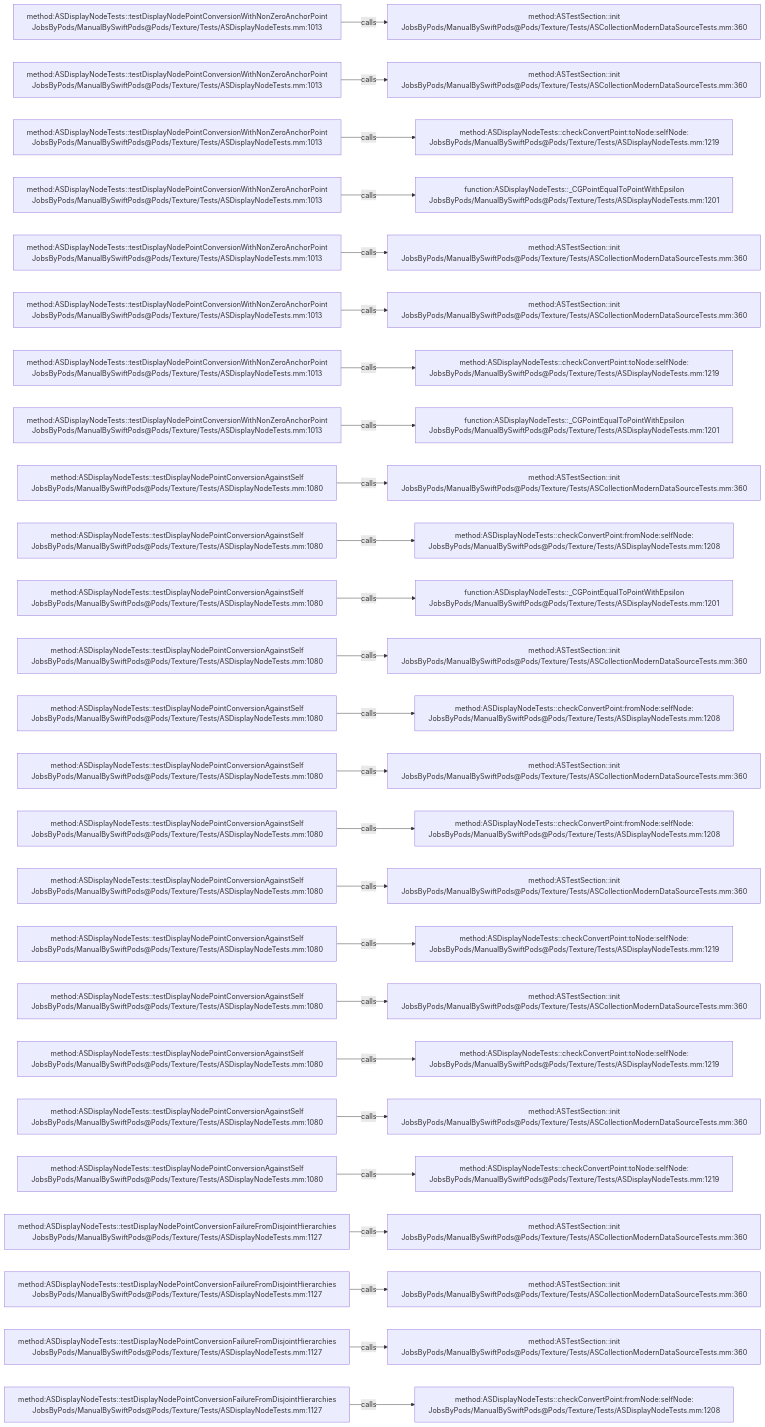
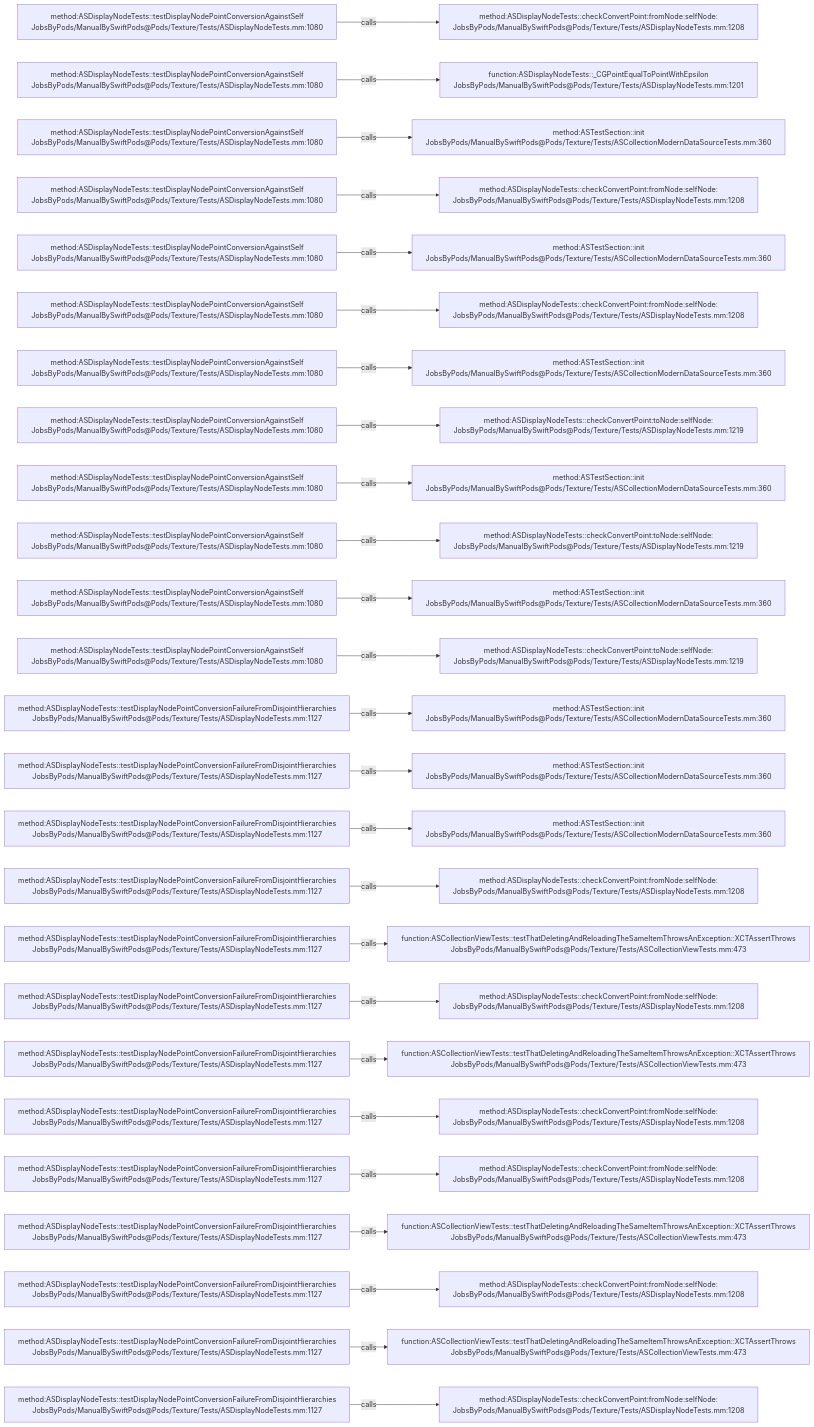
One commit to JobsKits/JobsSwiftBaseConfigDemo changed the diagram in .codegraph/codegraph.md/graphs/calls-190.md. Above: the diagram before and after it, drawn with Mermaid. The commit also changed 707 other files, not shown here.

````diff
--- a/.codegraph/codegraph.md/graphs/calls-190.md
+++ b/.codegraph/codegraph.md/graphs/calls-190.md
@@ -13,78 +13,78 @@
 ```mermaid
 flowchart LR
-  S1["method:ASDisplayNodeTests::testDisplayNodePointConversionWithNonZeroAnchorPoint<br/>JobsByPods/ManualBySwiftPods@Pods/Texture/Tests/ASDisplayNodeTests.mm:1013"]
-  T1["method:ASTestSection::init<br/>JobsByPods/ManualBySwiftPods@Pods/Texture/Tests/ASCollectionModernDataSourceTests.mm:360"]
+  S1["method:ASDisplayNodeTests::testDisplayNodePointConversionAgainstSelf<br/>JobsByPods/ManualBySwiftPods@Pods/Texture/Tests/ASDisplayNodeTests.mm:1080"]
+  T1["method:ASDisplayNodeTests::checkConvertPoint:fromNode:selfNode:<br/>JobsByPods/ManualBySwiftPods@Pods/Texture/Tests/ASDisplayNodeTests.mm:1208"]
   S1 -->|calls| T1
-  S2["method:ASDisplayNodeTests::testDisplayNodePointConversionWithNonZeroAnchorPoint<br/>JobsByPods/ManualBySwiftPods@Pods/Texture/Tests/ASDisplayNodeTests.mm:1013"]
-  T2["method:ASTestSection::init<br/>JobsByPods/ManualBySwiftPods@Pods/Texture/Tests/ASCollectionModernDataSourceTests.mm:360"]
+  S2["method:ASDisplayNodeTests::testDisplayNodePointConversionAgainstSelf<br/>JobsByPods/ManualBySwiftPods@Pods/Texture/Tests/ASDisplayNodeTests.mm:1080"]
+  T2["function:ASDisplayNodeTests::_CGPointEqualToPointWithEpsilon<br/>JobsByPods/ManualBySwiftPods@Pods/Texture/Tests/ASDisplayNodeTests.mm:1201"]
   S2 -->|calls| T2
-  S3["method:ASDisplayNodeTests::testDisplayNodePointConversionWithNonZeroAnchorPoint<br/>JobsByPods/ManualBySwiftPods@Pods/Texture/Tests/ASDisplayNodeTests.mm:1013"]
-  T3["method:ASDisplayNodeTests::checkConvertPoint:toNode:selfNode:<br/>JobsByPods/ManualBySwiftPods@Pods/Texture/Tests/ASDisplayNodeTests.mm:1219"]
+  S3["method:ASDisplayNodeTests::testDisplayNodePointConversionAgainstSelf<br/>JobsByPods/ManualBySwiftPods@Pods/Texture/Tests/ASDisplayNodeTests.mm:1080"]
+  T3["method:ASTestSection::init<br/>JobsByPods/ManualBySwiftPods@Pods/Texture/Tests/ASCollectionModernDataSourceTests.mm:360"]
   S3 -->|calls| T3
-  S4["method:ASDisplayNodeTests::testDisplayNodePointConversionWithNonZeroAnchorPoint<br/>JobsByPods/ManualBySwiftPods@Pods/Texture/Tests/ASDisplayNodeTests.mm:1013"]
-  T4["function:ASDisplayNodeTests::_CGPointEqualToPointWithEpsilon<br/>JobsByPods/ManualBySwiftPods@Pods/Texture/Tests/ASDisplayNodeTests.mm:1201"]
+  S4["method:ASDisplayNodeTests::testDisplayNodePointConversionAgainstSelf<br/>JobsByPods/ManualBySwiftPods@Pods/Texture/Tests/ASDisplayNodeTests.mm:1080"]
+  T4["method:ASDisplayNodeTests::checkConvertPoint:fromNode:selfNode:<br/>JobsByPods/ManualBySwiftPods@Pods/Texture/Tests/ASDisplayNodeTests.mm:1208"]
   S4 -->|calls| T4
-  S5["method:ASDisplayNodeTests::testDisplayNodePointConversionWithNonZeroAnchorPoint<br/>JobsByPods/ManualBySwiftPods@Pods/Texture/Tests/ASDisplayNodeTests.mm:1013"]
+  S5["method:ASDisplayNodeTests::testDisplayNodePointConversionAgainstSelf<br/>JobsByPods/ManualBySwiftPods@Pods/Texture/Tests/ASDisplayNodeTests.mm:1080"]
   T5["method:ASTestSection::init<br/>JobsByPods/ManualBySwiftPods@Pods/Texture/Tests/ASCollectionModernDataSourceTests.mm:360"]
   S5 -->|calls| T5
-  S6["method:ASDisplayNodeTests::testDisplayNodePointConversionWithNonZeroAnchorPoint<br/>JobsByPods/ManualBySwiftPods@Pods/Texture/Tests/ASDisplayNodeTests.mm:1013"]
-  T6["method:ASTestSection::init<br/>JobsByPods/ManualBySwiftPods@Pods/Texture/Tests/ASCollectionModernDataSourceTests.mm:360"]
+  S6["method:ASDisplayNodeTests::testDisplayNodePointConversionAgainstSelf<br/>JobsByPods/ManualBySwiftPods@Pods/Texture/Tests/ASDisplayNodeTests.mm:1080"]
+  T6["method:ASDisplayNodeTests::checkConvertPoint:fromNode:selfNode:<br/>JobsByPods/ManualBySwiftPods@Pods/Texture/Tests/ASDisplayNodeTests.mm:1208"]
   S6 -->|calls| T6
-  S7["method:ASDisplayNodeTests::testDisplayNodePointConversionWithNonZeroAnchorPoint<br/>JobsByPods/ManualBySwiftPods@Pods/Texture/Tests/ASDisplayNodeTests.mm:1013"]
-  T7["method:ASDisplayNodeTests::checkConvertPoint:toNode:selfNode:<br/>JobsByPods/ManualBySwiftPods@Pods/Texture/Tests/ASDisplayNodeTests.mm:1219"]
+  S7["method:ASDisplayNodeTests::testDisplayNodePointConversionAgainstSelf<br/>JobsByPods/ManualBySwiftPods@Pods/Texture/Tests/ASDisplayNodeTests.mm:1080"]
+  T7["method:ASTestSection::init<br/>JobsByPods/ManualBySwiftPods@Pods/Texture/Tests/ASCollectionModernDataSourceTests.mm:360"]
   S7 -->|calls| T7
-  S8["method:ASDisplayNodeTests::testDisplayNodePointConversionWithNonZeroAnchorPoint<br/>JobsByPods/ManualBySwiftPods@Pods/Texture/Tests/ASDisplayNodeTests.mm:1013"]
-  T8["function:ASDisplayNodeTests::_CGPointEqualToPointWithEpsilon<br/>JobsByPods/ManualBySwiftPods@Pods/Texture/Tests/ASDisplayNodeTests.mm:1201"]
+  S8["method:ASDisplayNodeTests::testDisplayNodePointConversionAgainstSelf<br/>JobsByPods/ManualBySwiftPods@Pods/Texture/Tests/ASDisplayNodeTests.mm:1080"]
+  T8["method:ASDisplayNodeTests::checkConvertPoint:toNode:selfNode:<br/>JobsByPods/ManualBySwiftPods@Pods/Texture/Tests/ASDisplayNodeTests.mm:1219"]
   S8 -->|calls| T8
   S9["method:ASDisplayNodeTests::testDisplayNodePointConversionAgainstSelf<br/>JobsByPods/ManualBySwiftPods@Pods/Texture/Tests/ASDisplayNodeTests.mm:1080"]
   T9["method:ASTestSection::init<br/>JobsByPods/ManualBySwiftPods@Pods/Texture/Tests/ASCollectionModernDataSourceTests.mm:360"]
   S9 -->|calls| T9
   S10["method:ASDisplayNodeTests::testDisplayNodePointConversionAgainstSelf<br/>JobsByPods/ManualBySwiftPods@Pods/Texture/Tests/ASDisplayNodeTests.mm:1080"]
-  T10["method:ASDisplayNodeTests::checkConvertPoint:fromNode:selfNode:<br/>JobsByPods/ManualBySwiftPods@Pods/Texture/Tests/ASDisplayNodeTests.mm:1208"]
+  T10["method:ASDisplayNodeTests::checkConvertPoint:toNode:selfNode:<br/>JobsByPods/ManualBySwiftPods@Pods/Texture/Tests/ASDisplayNodeTests.mm:1219"]
   S10 -->|calls| T10
   S11["method:ASDisplayNodeTests::testDisplayNodePointConversionAgainstSelf<br/>JobsByPods/ManualBySwiftPods@Pods/Texture/Tests/ASDisplayNodeTests.mm:1080"]
-  T11["function:ASDisplayNodeTests::_CGPointEqualToPointWithEpsilon<br/>JobsByPods/ManualBySwiftPods@Pods/Texture/Tests/ASDisplayNodeTests.mm:1201"]
+  T11["method:ASTestSection::init<br/>JobsByPods/ManualBySwiftPods@Pods/Texture/Tests/ASCollectionModernDataSourceTests.mm:360"]
   S11 -->|calls| T11
   S12["method:ASDisplayNodeTests::testDisplayNodePointConversionAgainstSelf<br/>JobsByPods/ManualBySwiftPods@Pods/Texture/Tests/ASDisplayNodeTests.mm:1080"]
-  T12["method:ASTestSection::init<br/>JobsByPods/ManualBySwiftPods@Pods/Texture/Tests/ASCollectionModernDataSourceTests.mm:360"]
+  T12["method:ASDisplayNodeTests::checkConvertPoint:toNode:selfNode:<br/>JobsByPods/ManualBySwiftPods@Pods/Texture/Tests/ASDisplayNodeTests.mm:1219"]
   S12 -->|calls| T12
-  S13["method:ASDisplayNodeTests::testDisplayNodePointConversionAgainstSelf<br/>JobsByPods/ManualBySwiftPods@Pods/Texture/Tests/ASDisplayNodeTests.mm:1080"]
-  T13["method:ASDisplayNodeTests::checkConvertPoint:fromNode:selfNode:<br/>JobsByPods/ManualBySwiftPods@Pods/Texture/Tests/ASDisplayNodeTests.mm:1208"]
+  S13["method:ASDisplayNodeTests::testDisplayNodePointConversionFailureFromDisjointHierarchies<br/>JobsByPods/ManualBySwiftPods@Pods/Texture/Tests/ASDisplayNodeTests.mm:1127"]
+  T13["method:ASTestSection::init<br/>JobsByPods/ManualBySwiftPods@Pods/Texture/Tests/ASCollectionModernDataSourceTests.mm:360"]
   S13 -->|calls| T13
-  S14["method:ASDisplayNodeTests::testDisplayNodePointConversionAgainstSelf<br/>JobsByPods/ManualBySwiftPods@Pods/Texture/Tests/ASDisplayNodeTests.mm:1080"]
+  S14["method:ASDisplayNodeTests::testDisplayNodePointConversionFailureFromDisjointHierarchies<br/>JobsByPods/ManualBySwiftPods@Pods/Texture/Tests/ASDisplayNodeTests.mm:1127"]
   T14["method:ASTestSection::init<br/>JobsByPods/ManualBySwiftPods@Pods/Texture/Tests/ASCollectionModernDataSourceTests.mm:360"]
   S14 -->|calls| T14
-  S15["method:ASDisplayNodeTests::testDisplayNodePointConversionAgainstSelf<br/>JobsByPods/ManualBySwiftPods@Pods/Texture/Tests/ASDisplayNodeTests.mm:1080"]
-  T15["method:ASDisplayNodeTests::checkConvertPoint:fromNode:selfNode:<br/>JobsByPods/ManualBySwiftPods@Pods/Texture/Tests/ASDisplayNodeTests.mm:1208"]
+  S15["method:ASDisplayNodeTests::testDisplayNodePointConversionFailureFromDisjointHierarchies<br/>JobsByPods/ManualBySwiftPods@Pods/Texture/Tests/ASDisplayNodeTests.mm:1127"]
+  T15["method:ASTestSection::init<br/>JobsByPods/ManualBySwiftPods@Pods/Texture/Tests/ASCollectionModernDataSourceTests.mm:360"]
   S15 -->|calls| T15
-  S16["method:ASDisplayNodeTests::testDisplayNodePointConversionAgainstSelf<br/>JobsByPods/ManualBySwiftPods@Pods/Texture/Tests/ASDisplayNodeTests.mm:1080"]
-  T16["method:ASTestSection::init<br/>JobsByPods/ManualBySwiftPods@Pods/Texture/Tests/ASCollectionModernDataSourceTests.mm:360"]
+  S16["method:ASDisplayNodeTests::testDisplayNodePointConversionFailureFromDisjointHierarchies<br/>JobsByPods/ManualBySwiftPods@Pods/Texture/Tests/ASDisplayNodeTests.mm:1127"]
+  T16["method:ASDisplayNodeTests::checkConvertPoint:fromNode:selfNode:<br/>JobsByPods/ManualBySwiftPods@Pods/Texture/Tests/ASDisplayNodeTests.mm:1208"]
   S16 -->|calls| T16
-  S17["method:ASDisplayNodeTests::testDisplayNodePointConversionAgainstSelf<br/>JobsByPods/ManualBySwiftPods@Pods/Texture/Tests/ASDisplayNodeTests.mm:1080"]
-  T17["method:ASDisplayNodeTests::checkConvertPoint:toNode:selfNode:<br/>JobsByPods/ManualBySwiftPods@Pods/Texture/Tests/ASDisplayNodeTests.mm:1219"]
+  S17["method:ASDisplayNodeTests::testDisplayNodePointConversionFailureFromDisjointHierarchies<br/>JobsByPods/ManualBySwiftPods@Pods/Texture/Tests/ASDisplayNodeTests.mm:1127"]
+  T17["function:ASCollectionViewTests::testThatDeletingAndReloadingTheSameItemThrowsAnException::XCTAssertThrows<br/>JobsByPods/ManualBySwiftPods@Pods/Texture/Tests/ASCollectionViewTests.mm:473"]
   S17 -->|calls| T17
-  S18["method:ASDisplayNodeTests::testDisplayNodePointConversionAgainstSelf<br/>JobsByPods/ManualBySwiftPods@Pods/Texture/Tests/ASDisplayNodeTests.mm:1080"]
-  T18["method:ASTestSection::init<br/>JobsByPods/ManualBySwiftPods@Pods/Texture/Tests/ASCollectionModernDataSourceTests.mm:360"]
+  S18["method:ASDisplayNodeTests::testDisplayNodePointConversionFailureFromDisjointHierarchies<br/>JobsByPods/ManualBySwiftPods@Pods/Texture/Tests/ASDisplayNodeTests.mm:1127"]
+  T18["method:ASDisplayNodeTests::checkConvertPoint:fromNode:selfNode:<br/>JobsByPods/ManualBySwiftPods@Pods/Texture/Tests/ASDisplayNodeTests.mm:1208"]
   S18 -->|calls| T18
-  S19["method:ASDisplayNodeTests::testDisplayNodePointConversionAgainstSelf<br/>JobsByPods/ManualBySwiftPods@Pods/Texture/Tests/ASDisplayNodeTests.mm:1080"]
-  T19["method:ASDisplayNodeTests::checkConvertPoint:toNode:selfNode:<br/>JobsByPods/ManualBySwiftPods@Pods/Texture/Tests/ASDisplayNodeTests.mm:1219"]
+  S19["method:ASDisplayNodeTests::testDisplayNodePointConversionFailureFromDisjointHierarchies<br/>JobsByPods/ManualBySwiftPods@Pods/Texture/Tests/ASDisplayNodeTests.mm:1127"]
+  T19["function:ASCollectionViewTests::testThatDeletingAndReloadingTheSameItemThrowsAnException::XCTAssertThrows<br/>JobsByPods/ManualBySwiftPods@Pods/Texture/Tests/ASCollectionViewTests.mm:473"]
   S19 -->|calls| T19
-  S20["method:ASDisplayNodeTests::testDisplayNodePointConversionAgainstSelf<br/>JobsByPods/ManualBySwiftPods@Pods/Texture/Tests/ASDisplayNodeTests.mm:1080"]
-  T20["method:ASTestSection::init<br/>JobsByPods/ManualBySwiftPods@Pods/Texture/Tests/ASCollectionModernDataSourceTests.mm:360"]
+  S20["method:ASDisplayNodeTests::testDisplayNodePointConversionFailureFromDisjointHierarchies<br/>JobsByPods/ManualBySwiftPods@Pods/Texture/Tests/ASDisplayNodeTests.mm:1127"]
+  T20["method:ASDisplayNodeTests::checkConvertPoint:fromNode:selfNode:<br/>JobsByPods/ManualBySwiftPods@Pods/Texture/Tests/ASDisplayNodeTests.mm:1208"]
   S20 -->|calls| T20
-  S21["method:ASDisplayNodeTests::testDisplayNodePointConversionAgainstSelf<br/>JobsByPods/ManualBySwiftPods@Pods/Texture/Tests/ASDisplayNodeTests.mm:1080"]
-  T21["method:ASDisplayNodeTests::checkConvertPoint:toNode:selfNode:<br/>JobsByPods/ManualBySwiftPods@Pods/Texture/Tests/ASDisplayNodeTests.mm:1219"]
+  S21["method:ASDisplayNodeTests::testDisplayNodePointConversionFailureFromDisjointHierarchies<br/>JobsByPods/ManualBySwiftPods@Pods/Texture/Tests/ASDisplayNodeTests.mm:1127"]
+  T21["method:ASDisplayNodeTests::checkConvertPoint:fromNode:selfNode:<br/>JobsByPods/ManualBySwiftPods@Pods/Texture/Tests/ASDisplayNodeTests.mm:1208"]
   S21 -->|calls| T21
   S22["method:ASDisplayNodeTests::testDisplayNodePointConversionFailureFromDisjointHierarchies<br/>JobsByPods/ManualBySwiftPods@Pods/Texture/Tests/ASDisplayNodeTests.mm:1127"]
-  T22["method:ASTestSection::init<br/>JobsByPods/ManualBySwiftPods@Pods/Texture/Tests/ASCollectionModernDataSourceTests.mm:360"]
+  T22["function:ASCollectionViewTests::testThatDeletingAndReloadingTheSameItemThrowsAnException::XCTAssertThrows<br/>JobsByPods/ManualBySwiftPods@Pods/Texture/Tests/ASCollectionViewTests.mm:473"]
   S22 -->|calls| T22
   S23["method:ASDisplayNodeTests::testDisplayNodePointConversionFailureFromDisjointHierarchies<br/>JobsByPods/ManualBySwiftPods@Pods/Texture/Tests/ASDisplayNodeTests.mm:1127"]
-  T23["method:ASTestSection::init<br/>JobsByPods/ManualBySwiftPods@Pods/Texture/Tests/ASCollectionModernDataSourceTests.mm:360"]
+  T23["method:ASDisplayNodeTests::checkConvertPoint:fromNode:selfNode:<br/>JobsByPods/ManualBySwiftPods@Pods/Texture/Tests/ASDisplayNodeTests.mm:1208"]
   S23 -->|calls| T23
   S24["method:ASDisplayNodeTests::testDisplayNodePointConversionFailureFromDisjointHierarchies<br/>JobsByPods/ManualBySwiftPods@Pods/Texture/Tests/ASDisplayNodeTests.mm:1127"]
-  T24["method:ASTestSection::init<br/>JobsByPods/ManualBySwiftPods@Pods/Texture/Tests/ASCollectionModernDataSourceTests.mm:360"]
+  T24["function:ASCollectionViewTests::testThatDeletingAndReloadingTheSameItemThrowsAnException::XCTAssertThrows<br/>JobsByPods/ManualBySwiftPods@Pods/Texture/Tests/ASCollectionViewTests.mm:473"]
   S24 -->|calls| T24
   S25["method:ASDisplayNodeTests::testDisplayNodePointConversionFailureFromDisjointHierarchies<br/>JobsByPods/ManualBySwiftPods@Pods/Texture/Tests/ASDisplayNodeTests.mm:1127"]
   T25["method:ASDisplayNodeTests::checkConvertPoint:fromNode:selfNode:<br/>JobsByPods/ManualBySwiftPods@Pods/Texture/Tests/ASDisplayNodeTests.mm:1208"]
   S25 -->|calls| T25
 ```
````
